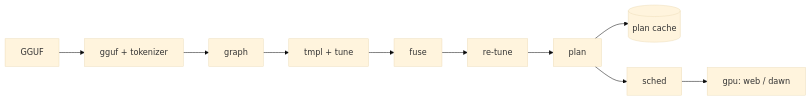
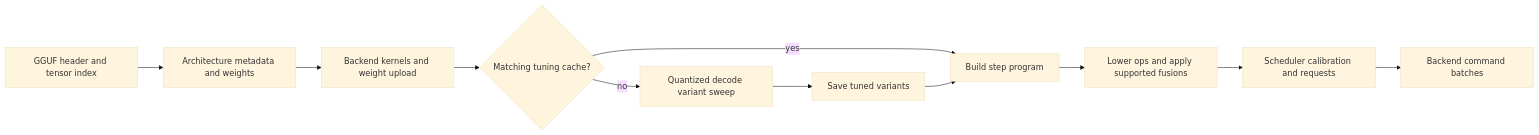
The second of 3 diagrams in docs/src/architecture.md (mattneel/zllm), drawn with Mermaid (base theme) before and after one commit. The commit also changed other lines of this file and 19 other files, not shown here.

````diff
--- a/docs/src/architecture.md
+++ b/docs/src/architecture.md
@@ -23,12 +28,13 @@
 ```mermaid
 flowchart LR
-  G[GGUF] --> L[gguf + tokenizer]
-  L --> GR[graph]
-  GR --> T1[tmpl + tune]
-  T1 --> F[fuse]
-  F --> T2[re-tune]
-  T2 --> P[plan]
-  P --> C[(plan cache)]
-  P --> S[sched]
-  S --> B[gpu: web / dawn]
+  G[GGUF header and tensor index] --> GR[Architecture metadata and weights]
+  GR --> U[Backend kernels and weight upload]
+  U --> C{Matching tuning cache?}
+  C -- yes --> P[Build step program]
+  C -- no --> T[Quantized decode variant sweep]
+  T --> SAVE[Save tuned variants]
+  SAVE --> P
+  P --> F[Lower ops and apply supported fusions]
+  F --> S[Scheduler calibration and requests]
+  S --> B[Backend command batches]
 ```
````
